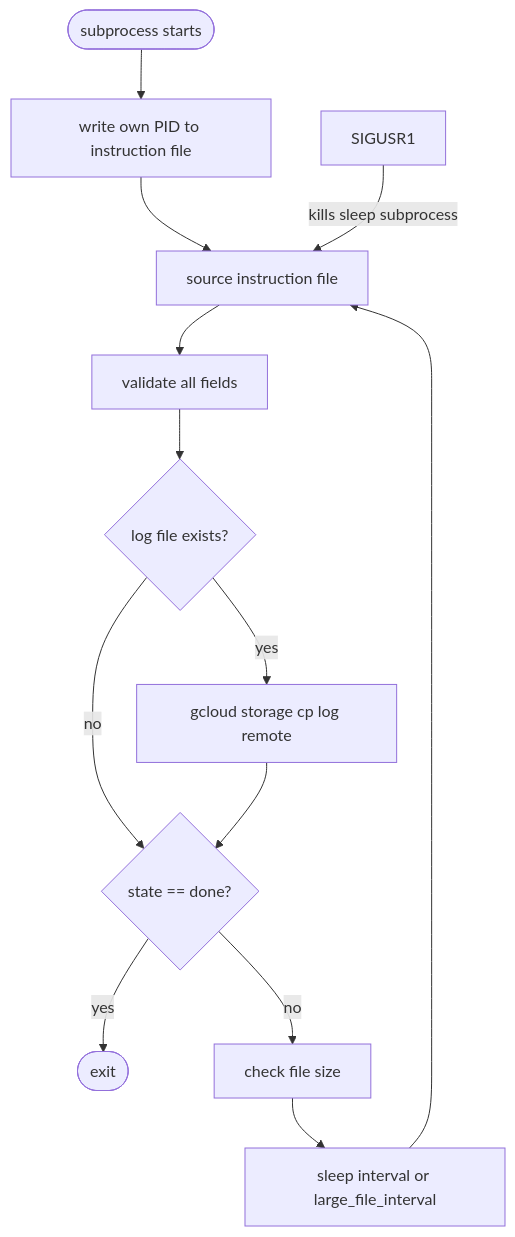
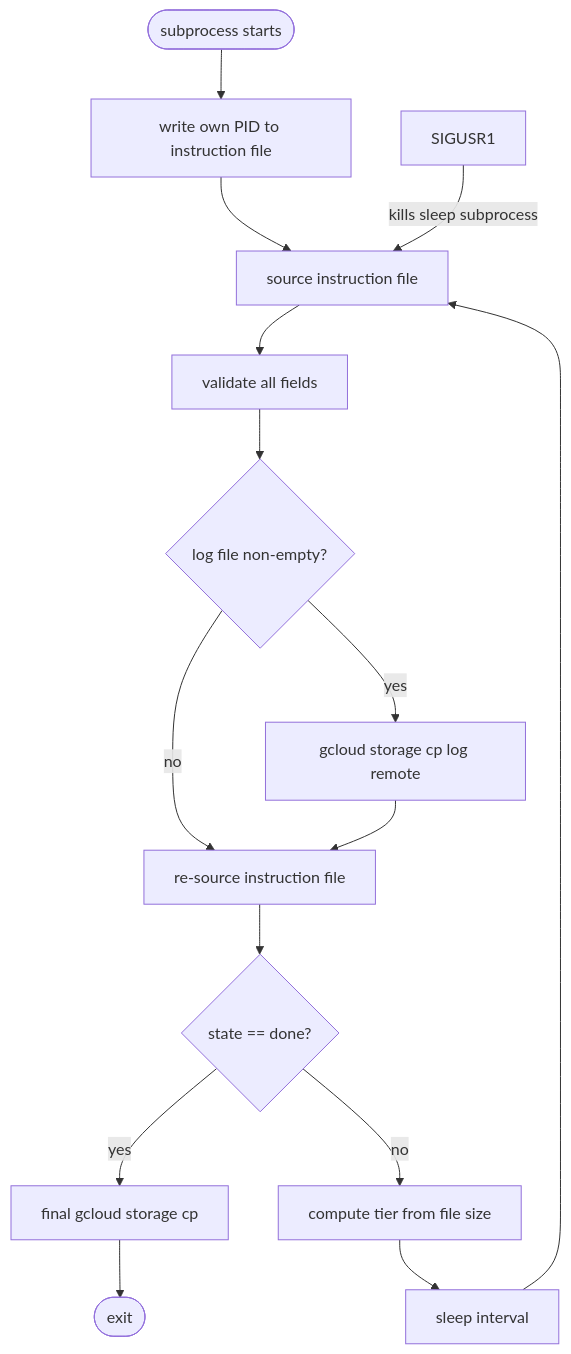
Before and after one commit to hail-is/hail: the first of 3 diagrams in dev-docs/services/batch/persistent-preempted-logs.md, drawn with Mermaid. The commit also changed other lines of this file, not shown here.

````diff
--- a/dev-docs/services/batch/persistent-preempted-logs.md
+++ b/dev-docs/services/batch/persistent-preempted-logs.md
@@ -47,16 +98,18 @@
 ```mermaid
 flowchart TD
     START([subprocess starts]) --> WRITE_PID[write own PID to instruction file]
     WRITE_PID --> SOURCE[source instruction file]
     SOURCE --> VALIDATE[validate all fields]
-    VALIDATE --> EXISTS{log file exists?}
+    VALIDATE --> EXISTS{log file non-empty?}
     EXISTS -->|yes| UPLOAD[gcloud storage cp log remote]
-    EXISTS -->|no| CHECK
-    UPLOAD --> CHECK{state == done?}
-    CHECK -->|yes| EXIT([exit])
-    CHECK -->|no| SIZE[check file size]
-    SIZE --> SLEEP[sleep interval or large_file_interval]
+    EXISTS -->|no| RESRC[re-source instruction file]
+    UPLOAD --> RESRC
+    RESRC --> DONE_CHECK{state == done?}
+    DONE_CHECK -->|yes| FINAL[final gcloud storage cp]
+    FINAL --> EXIT([exit])
+    DONE_CHECK -->|no| TIER[compute tier from file size]
+    TIER --> SLEEP[sleep interval]
     SLEEP --> SOURCE
 
     SIGUSR1 -->|kills sleep subprocess| SOURCE
 ```
````
